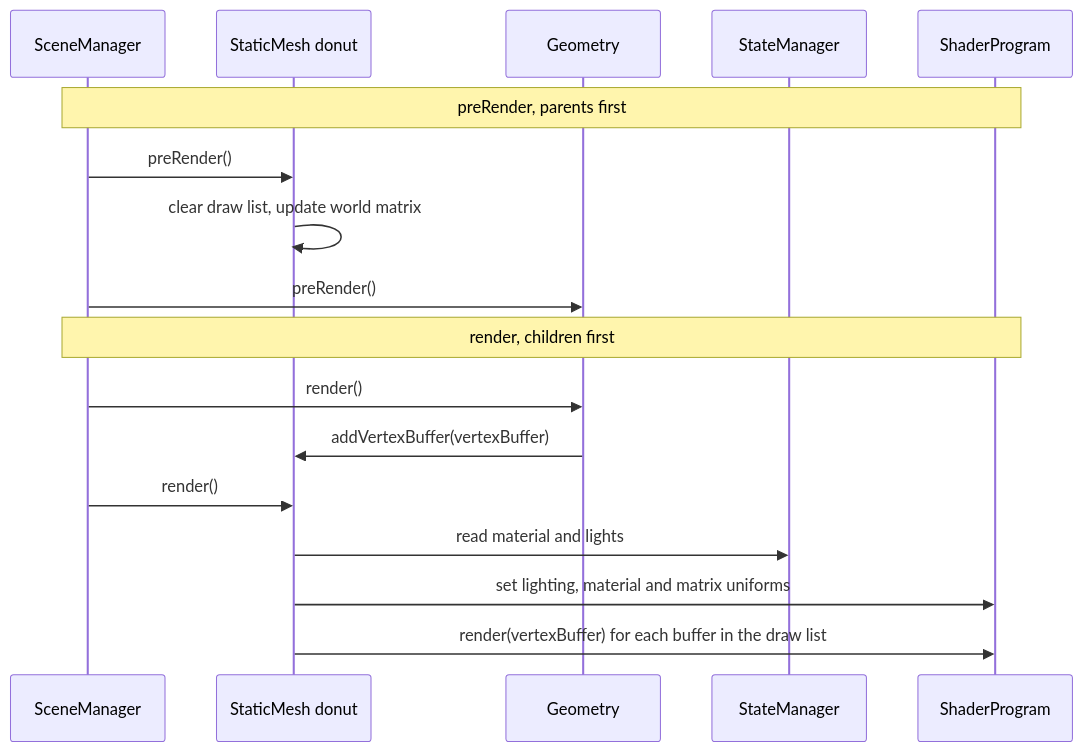
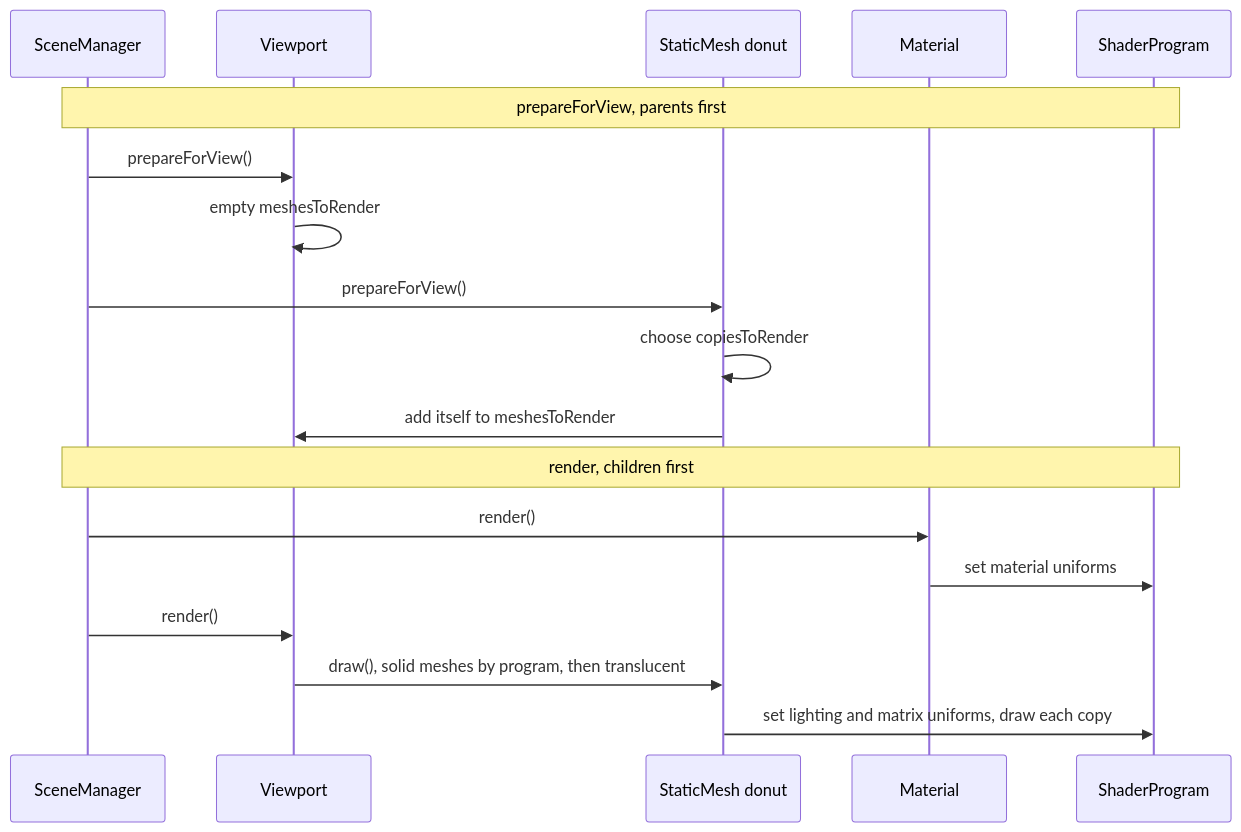
The second of 2 diagrams in README.md (MiguelCastillo/scenic), drawn with Mermaid before and after one commit. The commit also changed other lines of this file and 7 other files, not shown here.

First line of the commit message:
Draw each viewport's meshes in view from a draw list, grouped by program

````diff
--- a/README.md
+++ b/README.md
@@ -1075,21 +1078,22 @@
 ```mermaid
 sequenceDiagram
   participant SM as SceneManager
+  participant VP as Viewport
   participant Mesh as StaticMesh donut
-  participant Geo as Geometry
-  participant State as StateManager
+  participant Mat as Material
   participant SP as ShaderProgram
 
-  Note over SM,SP: preRender, parents first
-  SM->>Mesh: preRender()
-  Mesh->>Mesh: clear draw list, update world matrix
-  SM->>Geo: preRender()
+  Note over SM,SP: prepareForView, parents first
+  SM->>VP: prepareForView()
+  VP->>VP: empty meshesToRender
+  SM->>Mesh: prepareForView()
+  Mesh->>Mesh: choose copiesToRender
+  Mesh->>VP: add itself to meshesToRender
 
   Note over SM,SP: render, children first
-  SM->>Geo: render()
-  Geo->>Mesh: addVertexBuffer(vertexBuffer)
-  SM->>Mesh: render()
-  Mesh->>State: read material and lights
-  Mesh->>SP: set lighting, material and matrix uniforms
-  Mesh->>SP: render(vertexBuffer) for each buffer in the draw list
+  SM->>Mat: render()
+  Mat->>SP: set material uniforms
+  SM->>VP: render()
+  VP->>Mesh: draw(), solid meshes by program, then translucent
+  Mesh->>SP: set lighting and matrix uniforms, draw each copy
 ```
````
